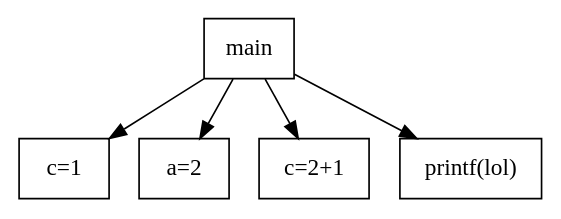
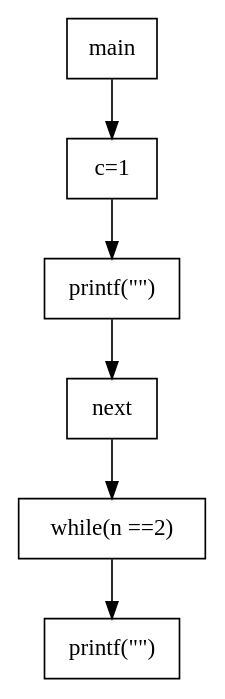
The diagram in input.dot (Naindeep-Singh/code_format), drawn with Graphviz before and after one commit. The commit also changed 2 other files, not shown here.

```diff
--- a/input.dot
+++ b/input.dot
@@ -1,14 +1,16 @@
-digraph G{
-node[shape=box]
+digraph G {
+  node[shape=box]
 
-0 [label="main"]
-1 [label="c=1"]
-2 [label="a=2"]
-3 [label="c=2+1"]
-4 [label="printf(lol)"]
+  0 [label="main"]
+  1 [label="c=1"]
+  2 [label="printf(\"\")"]
+  3 [label="next"]
+  4 [label="while(n ==2)"]
+  5 [label="printf(\"\")"]
 
-0 -> 1
-0 -> 2
-0 -> 3
-0 -> 4
+  0 -> 1
+  1 -> 2
+  2 -> 3
+  3 -> 4
+  4 -> 5
 }
```
